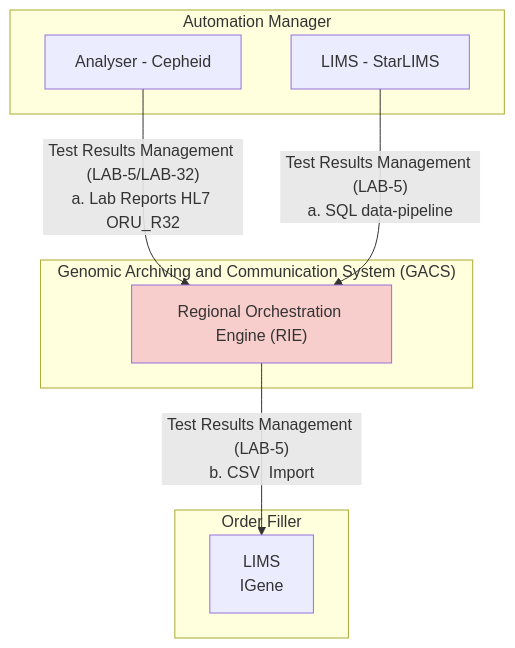
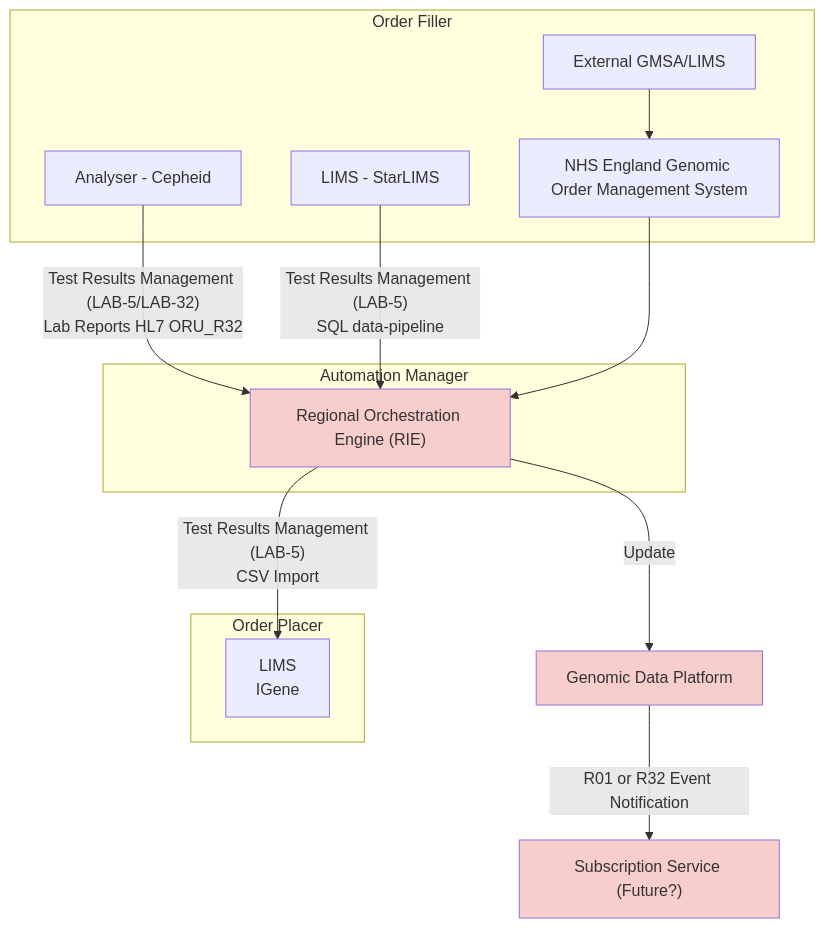
One commit to nw-gmsa/nw-gmsa.github.com changed the fourth of 4 diagrams in input/pagecontent/LTW.md. Above: the diagram before and after it, drawn with Mermaid. The commit also changed other lines of this file and 33 other files, not shown here.

````diff
--- a/input/pagecontent/LTW.md
+++ b/input/pagecontent/LTW.md
@@ -374,26 +395,36 @@
 ```mermaid
 graph TD
 
-subgraph GenomicLIMS["Order Filler"];
+subgraph GenomicLIMS["Order Placer"];
     iGene[LIMS<br/>IGene]
 end
 
-subgraph Analyser["Automation Manager"];
+subgraph Analyser["Order Filler"];
     Cepheid[Analyser - Cepheid]
     StarLIMS[LIMS - StarLIMS]
+    ExtLIMS[External GMSA/LIMS]
+    GOMS["NHS England Genomic Order Management System"] 
+    ExtLIMS --> GOMS
 end
 
-subgraph HIE["Genomic Archiving and Communication System (GACS)"];
+subgraph HIE["Automation Manager"];
     RIE["Regional Orchestration Engine (RIE)"]
 end
 
-Cepheid --> |"Test Results Management (LAB-5/LAB-32)<br/>a. Lab Reports HL7 ORU_R32"| RIE
-StarLIMS --> |"Test Results Management (LAB-5)<br/>a. SQL data-pipeline"| RIE
+GDP["Genomic Data Platform"]
+PubSub["Subscription Service (Future?)"]
 
-RIE --> |"Test Results Management (LAB-5)<br/>b. CSV  Import"| iGene
+RIE --> |Update| GDP
+GDP --> |R01 or R32 Event Notification| PubSub
+
+Cepheid --> |"Test Results Management (LAB-5/LAB-32)<br/>Lab Reports HL7 ORU_R32"| RIE
+StarLIMS --> |"Test Results Management (LAB-5)<br/>SQL data-pipeline"| RIE
+GOMS --> RIE
+
+RIE --> |"Test Results Management (LAB-5)<br/>CSV Import"| iGene
 
 classDef purple fill:#E1D5E7;
 classDef pink fill:#F8CECC;
 
-class GDR,RIE,VCFFHIR pink;
+class GDP,RIE,PubSub pink;
 ```
````
